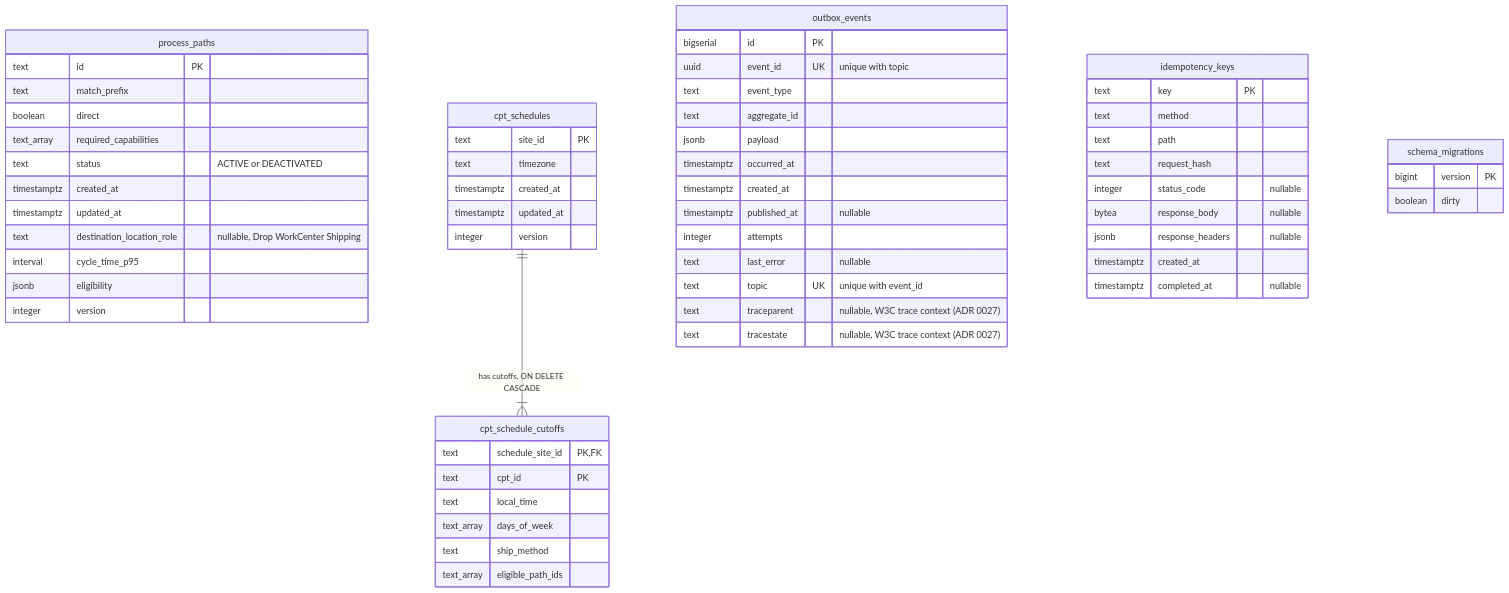
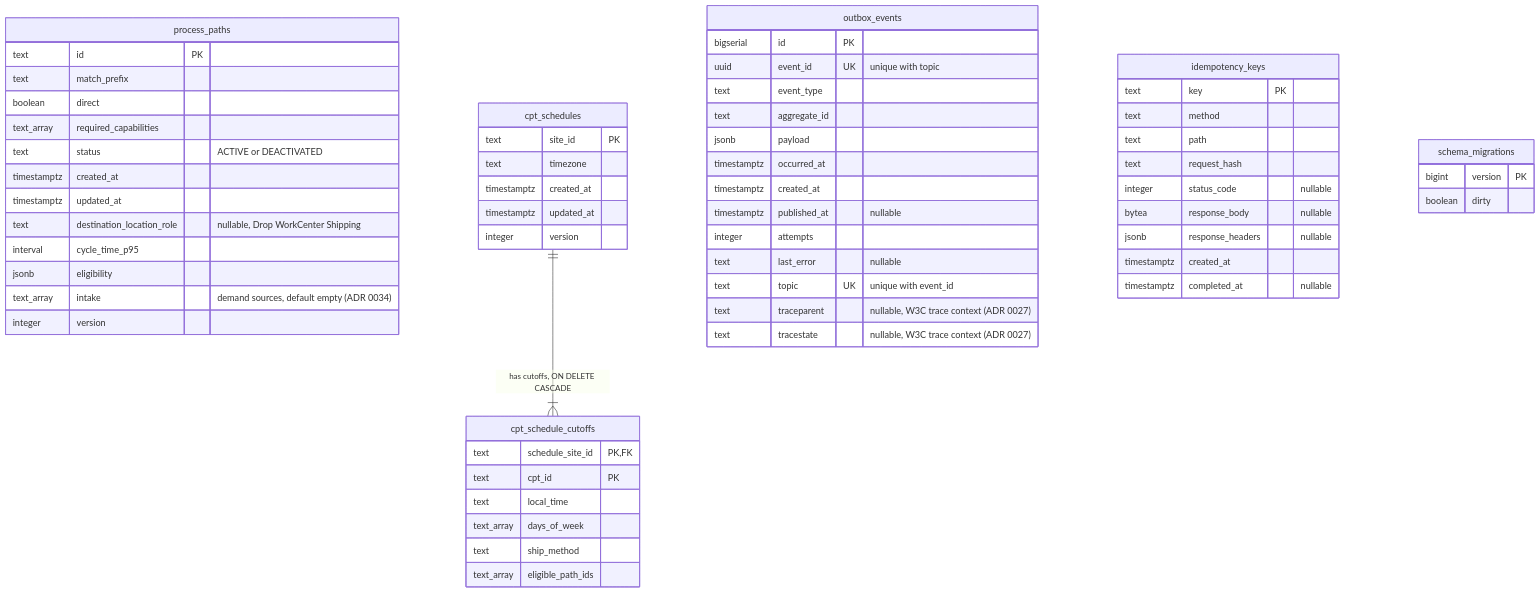
Before and after one commit to IQVO/warehouse-docs: the first of 2 diagrams in docs/contexts/process-path-management/entity-relationship.md, drawn with Mermaid. The commit also changed other lines of this file and 331 other files, not shown here.

````diff
--- a/docs/contexts/process-path-management/entity-relationship.md
+++ b/docs/contexts/process-path-management/entity-relationship.md
@@ -25,68 +25,69 @@
 ```mermaid
 erDiagram
     process_paths {
         text id PK
         text match_prefix
         boolean direct
         text_array required_capabilities
         text status "ACTIVE or DEACTIVATED"
         timestamptz created_at
         timestamptz updated_at
         text destination_location_role "nullable, Drop WorkCenter Shipping"
         interval cycle_time_p95
         jsonb eligibility
+        text_array intake "demand sources, default empty (ADR 0034)"
         integer version
     }
 
     cpt_schedules {
         text site_id PK
         text timezone
         timestamptz created_at
         timestamptz updated_at
         integer version
     }
 
     cpt_schedule_cutoffs {
         text schedule_site_id PK,FK
         text cpt_id PK
         text local_time
         text_array days_of_week
         text ship_method
         text_array eligible_path_ids
     }
 
     outbox_events {
         bigserial id PK
         uuid event_id UK "unique with topic"
         text event_type
         text aggregate_id
         jsonb payload
         timestamptz occurred_at
         timestamptz created_at
         timestamptz published_at "nullable"
         integer attempts
         text last_error "nullable"
         text topic UK "unique with event_id"
         text traceparent "nullable, W3C trace context (ADR 0027)"
         text tracestate "nullable, W3C trace context (ADR 0027)"
     }
 
     idempotency_keys {
         text key PK
         text method
         text path
         text request_hash
         integer status_code "nullable"
         bytea response_body "nullable"
         jsonb response_headers "nullable"
         timestamptz created_at
         timestamptz completed_at "nullable"
     }
 
     schema_migrations {
         bigint version PK
         boolean dirty
     }
 
     cpt_schedules ||--|{ cpt_schedule_cutoffs : "has cutoffs, ON DELETE CASCADE"
 ```
````
